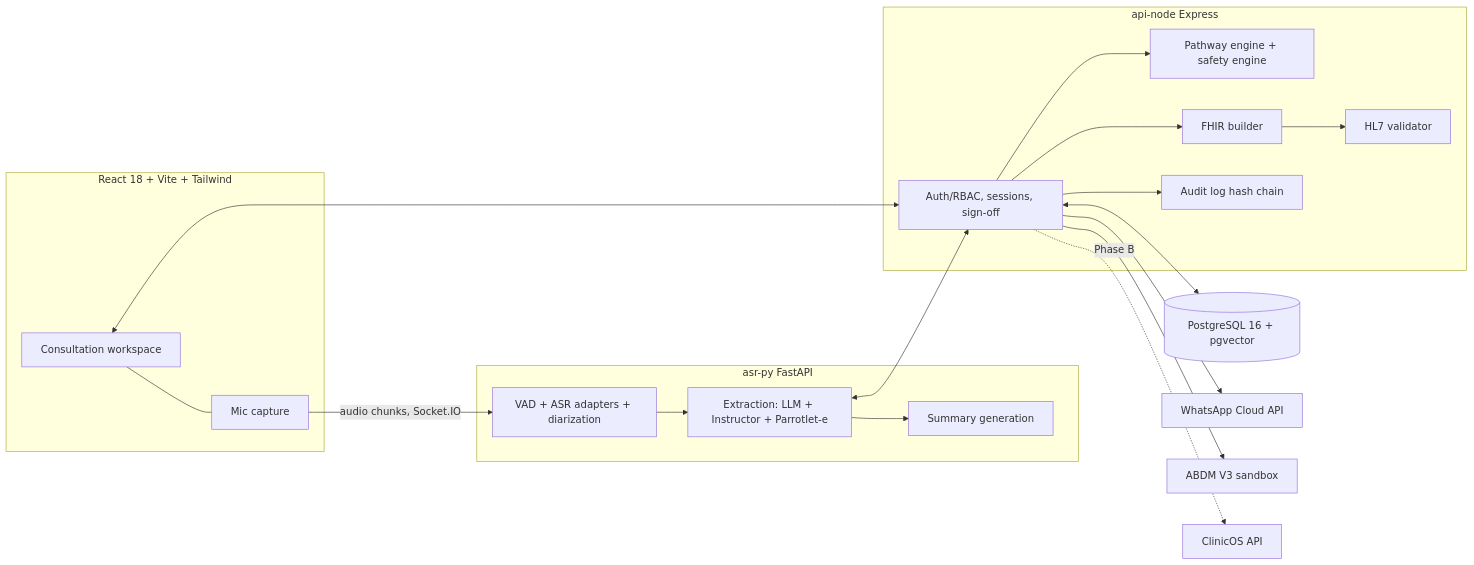
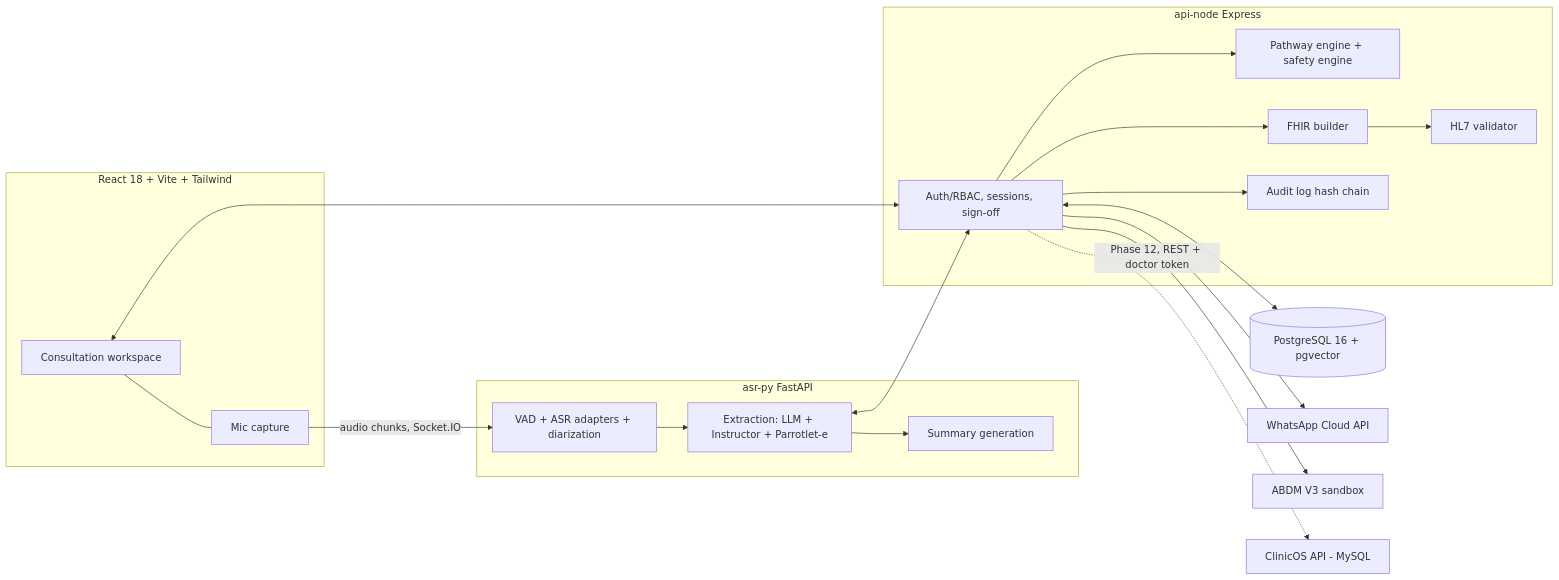
Before and after one commit to Ansh0308/VaaniEHR: the second of 2 diagrams in DOCUMENTS/VaaniEHR_PRD.md, drawn with Mermaid. The commit also changed other lines of this file and 2 other files, not shown here.

Commit message:
phase1: adopt PRD v1.1 as source of truth, archive v1.0 [ADR-D15, FR-F13-01, FR-F13-02, FR-F13-03, FR-F13-04, NFR-SEC-01]

````diff
--- a/DOCUMENTS/VaaniEHR_PRD.md
+++ b/DOCUMENTS/VaaniEHR_PRD.md
@@ -646,22 +675,22 @@
 ```mermaid
 flowchart LR
   subgraph Browser[React 18 + Vite + Tailwind]
     UI[Consultation workspace] --- MIC[Mic capture]
   end
   MIC -- audio chunks, Socket.IO --> ASR
   subgraph PY[asr-py FastAPI]
     ASR[VAD + ASR adapters + diarization] --> EXT[Extraction: LLM + Instructor + Parrotlet-e]
     EXT --> SUM[Summary generation]
   end
   subgraph NODE[api-node Express]
     API[Auth/RBAC, sessions, sign-off] --> RULES[Pathway engine + safety engine]
     API --> FHIR[FHIR builder] --> VAL[HL7 validator]
     API --> AUD[Audit log hash chain]
   end
   EXT <--> API
   UI <--> API
   API <--> DB[(PostgreSQL 16 + pgvector)]
   API --> WA[WhatsApp Cloud API]
   API --> ABDM[ABDM V3 sandbox]
-  API -. Phase B .-> CL[ClinicOS API]
+  API -. Phase 12, REST + doctor token .-> CL[ClinicOS API - MySQL]
 ```
````
